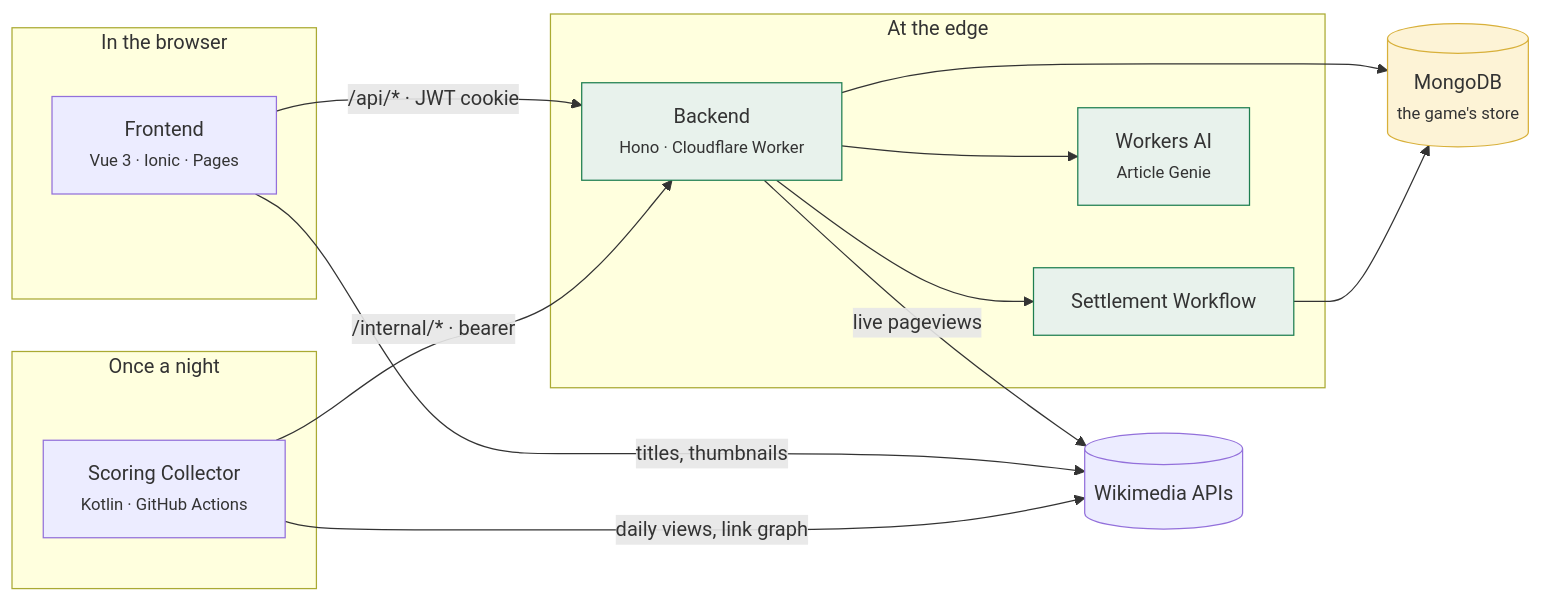
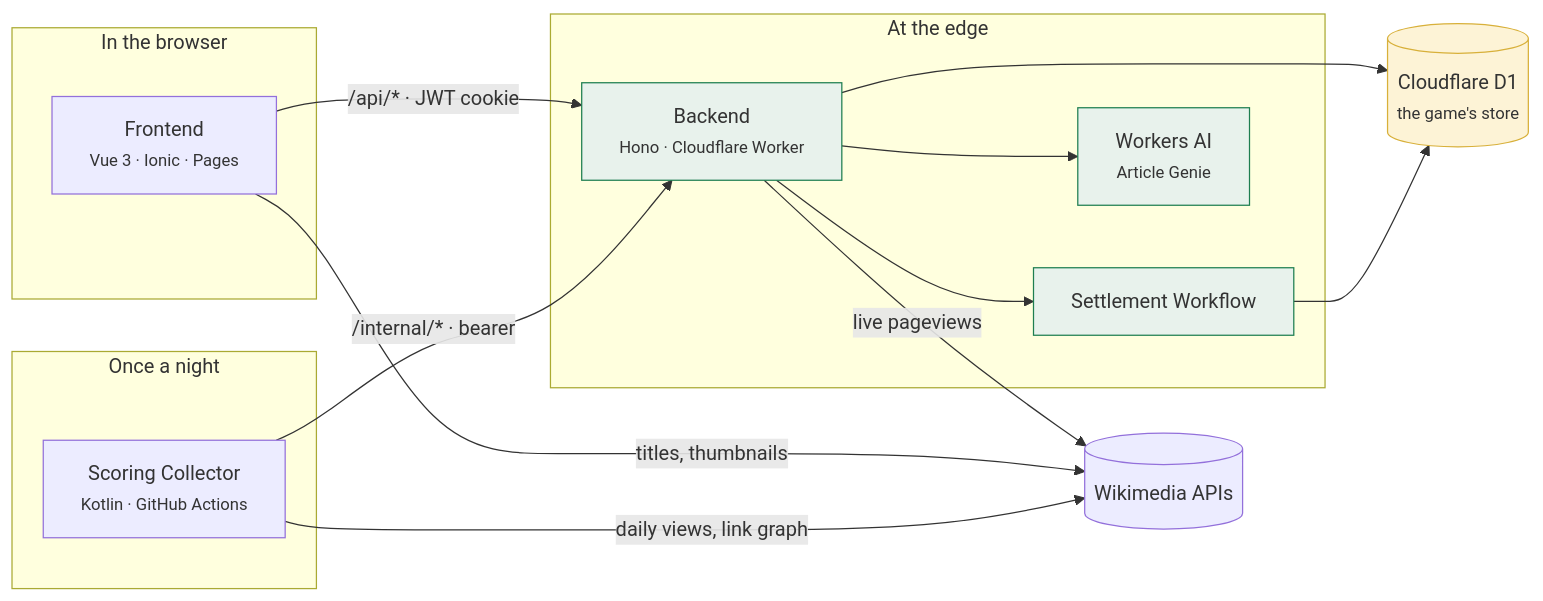
One commit to FantasyWiki/FantasyWiki changed the second of 3 diagrams in docs/site/pages/overview/what-is-fantasywiki.md. Above: the diagram before and after it, drawn with Mermaid. The commit also changed other lines of this file and 30 other files, not shown here.

````diff
--- a/docs/site/pages/overview/what-is-fantasywiki.md
+++ b/docs/site/pages/overview/what-is-fantasywiki.md
@@ -59,35 +59,35 @@
 ```mermaid
 flowchart LR
   subgraph Player["In the browser"]
     FE["Frontend<br/><small>Vue 3 · Ionic · Pages</small>"]
   end
 
   subgraph Edge["At the edge"]
     BE["Backend<br/><small>Hono · Cloudflare Worker</small>"]
     WF["Settlement Workflow"]
     AI["Workers AI<br/><small>Article Genie</small>"]
   end
 
-  DB[("MongoDB<br/><small>the game's store</small>")]
+  DB[("Cloudflare D1<br/><small>the game's store</small>")]
 
   subgraph Batch["Once a night"]
     COL["Scoring Collector<br/><small>Kotlin · GitHub Actions</small>"]
   end
 
   WM[("Wikimedia APIs")]
 
   FE -->|"/api/* · JWT cookie"| BE
   FE -->|"titles, thumbnails"| WM
   BE --> DB
   BE --> WF
   WF --> DB
   BE --> AI
   BE -->|"live pageviews"| WM
   COL -->|"/internal/* · bearer"| BE
   COL -->|"daily views, link graph"| WM
 
   classDef edge fill:#e8f2ec,stroke:#1e7e50;
   classDef store fill:#fdf3d6,stroke:#d8b03a;
   class BE,WF,AI edge;
   class DB store;
 ```
````
